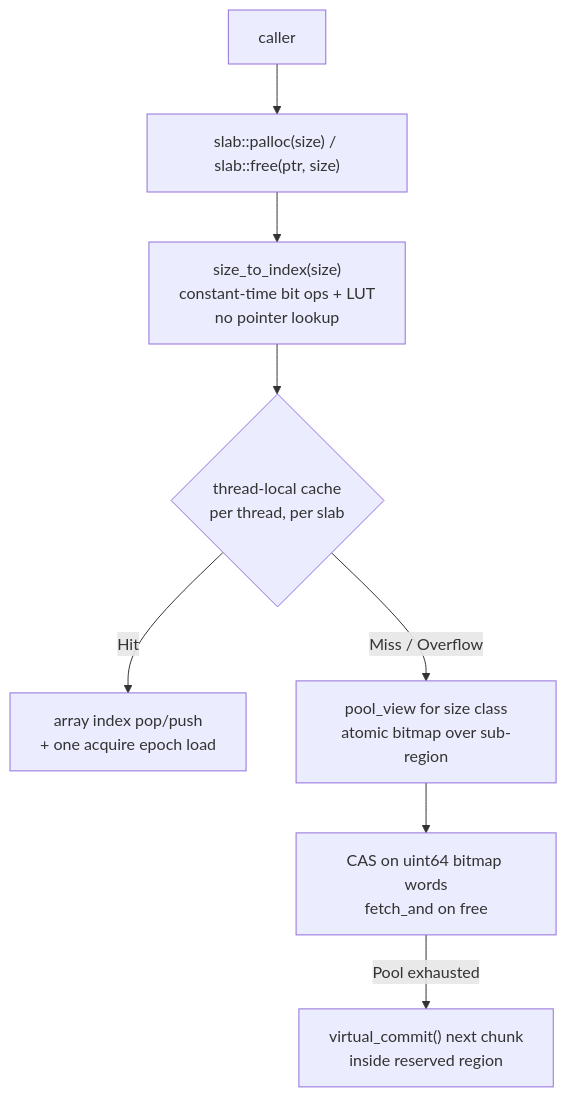
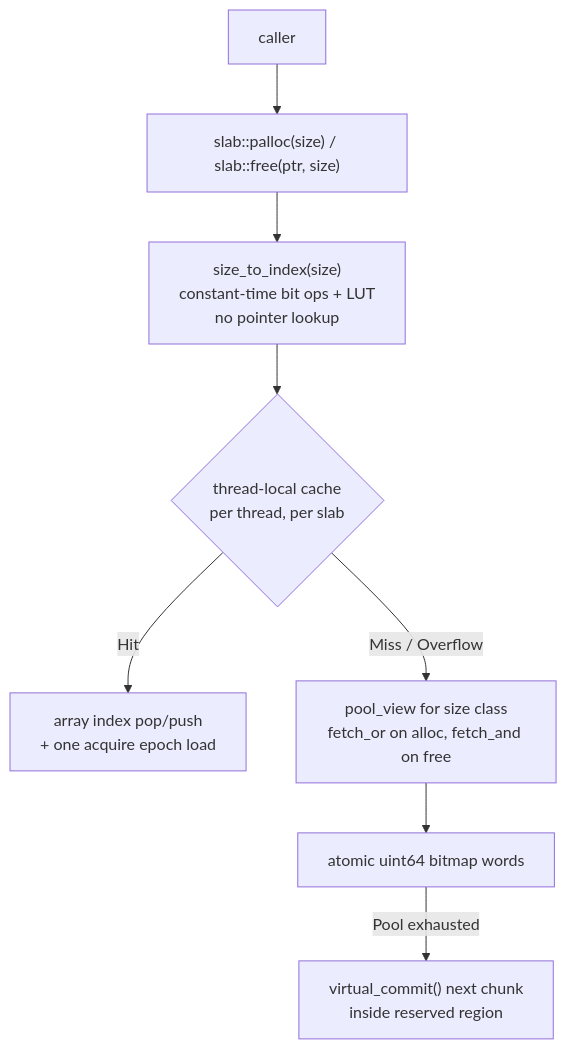
The diagram in README.md (aaslam12/Palloc), drawn with Mermaid before and after one commit. The commit also changed other lines of this file and 28 other files, not shown here.

````diff
--- a/README.md
+++ b/README.md
@@ -89,10 +89,10 @@
 ```mermaid
 flowchart TD
     Caller[caller] --> SlabCall["slab::palloc(size) / slab::free(ptr, size)"]
     SlabCall --> Route["size_to_index(size)<br/>constant-time bit ops + LUT<br/>no pointer lookup"]
     Route --> TLC{"thread-local cache<br/>per thread, per slab"}
     TLC -->|Hit| Hot["array index pop/push<br/>+ one acquire epoch load"]
-    TLC -->|Miss / Overflow| Pool["pool_view for size class<br/>atomic bitmap over sub-region"]
-    Pool --> Bitmap["CAS on uint64 bitmap words<br/>fetch_and on free"]
+    TLC -->|Miss / Overflow| Pool["pool_view for size class<br/>fetch_or on alloc, fetch_and on free"]
+    Pool --> Bitmap["atomic uint64 bitmap words"]
     Bitmap -->|Pool exhausted| Commit["virtual_commit() next chunk<br/>inside reserved region"]
 ```
````
